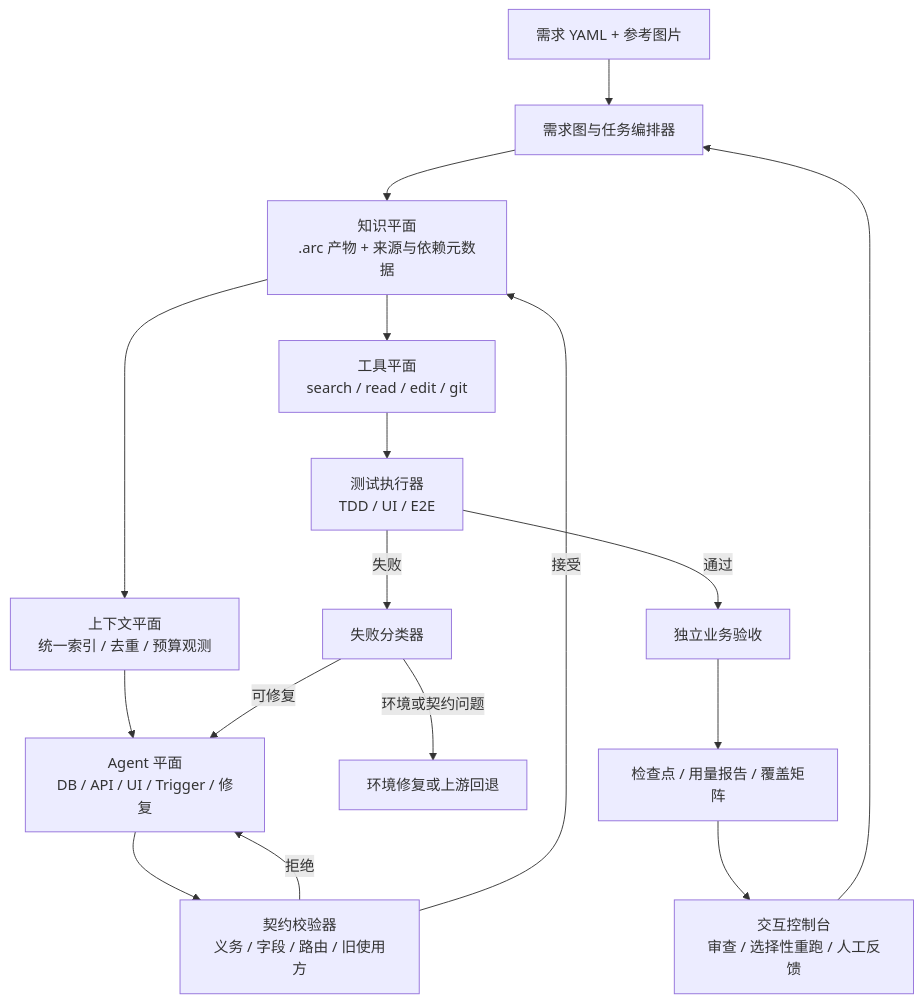
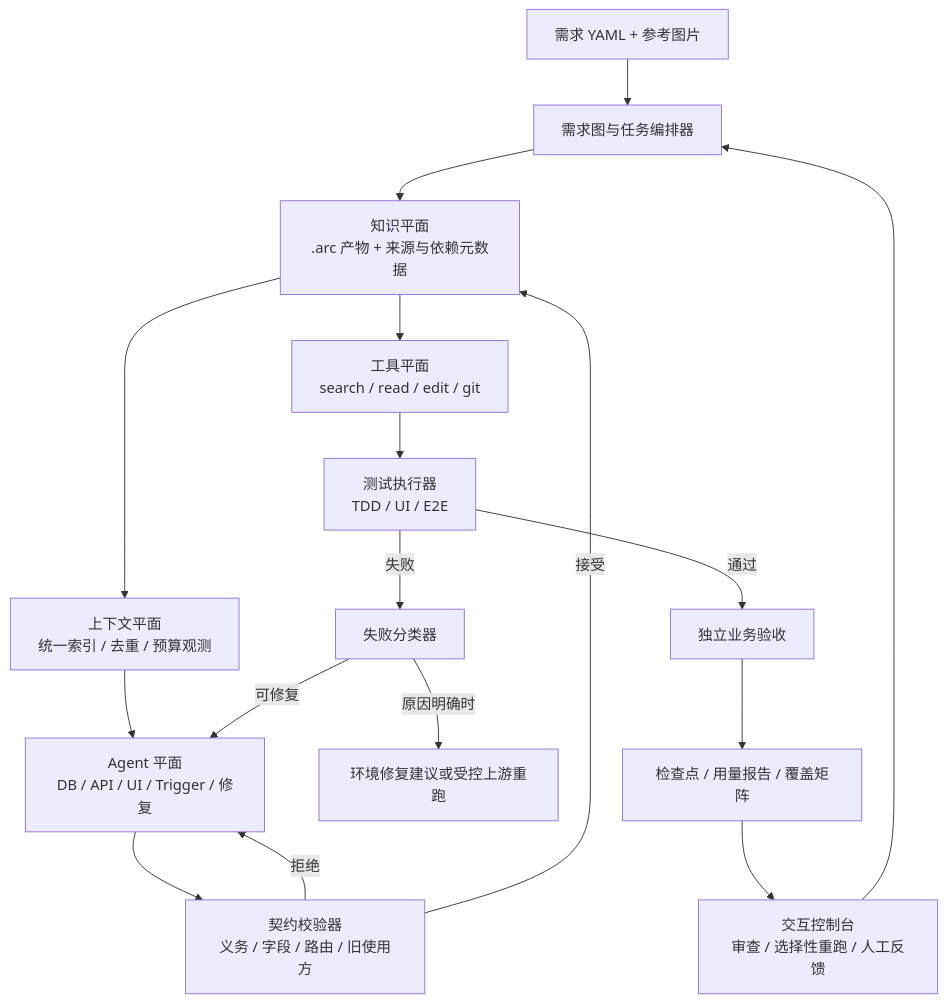
The second of 2 diagrams in improvement-plan.md (ThrowBug/requirement-compilation-structure), drawn with Mermaid before and after one commit. The commit also changed other lines of this file and 55 other files, not shown here.

````diff
--- a/improvement-plan.md
+++ b/improvement-plan.md
@@ -92,21 +94,21 @@
 ```mermaid
 flowchart TB
     A[需求 YAML + 参考图片] --> B[需求图与任务编排器]
     B --> C[知识平面<br/>.arc 产物 + 来源与依赖元数据]
     C --> D[上下文平面<br/>统一索引 / 去重 / 预算观测]
     D --> E[Agent 平面<br/>DB / API / UI / Trigger / 修复]
     E --> F[契约校验器<br/>义务 / 字段 / 路由 / 旧使用方]
     F -->|拒绝| E
     F -->|接受| C
 
     C --> G[工具平面<br/>search / read / edit / git]
     G --> H[测试执行器<br/>TDD / UI / E2E]
     H -->|失败| I[失败分类器]
     I -->|可修复| E
-    I -->|环境或契约问题| J[环境修复或上游回退]
+    I -->|原因明确时| J[环境修复建议或受控上游重跑]
     H -->|通过| K[独立业务验收]
 
     K --> L[检查点 / 用量报告 / 覆盖矩阵]
     L --> M[交互控制台<br/>审查 / 选择性重跑 / 人工反馈]
     M --> B
 ```
````
